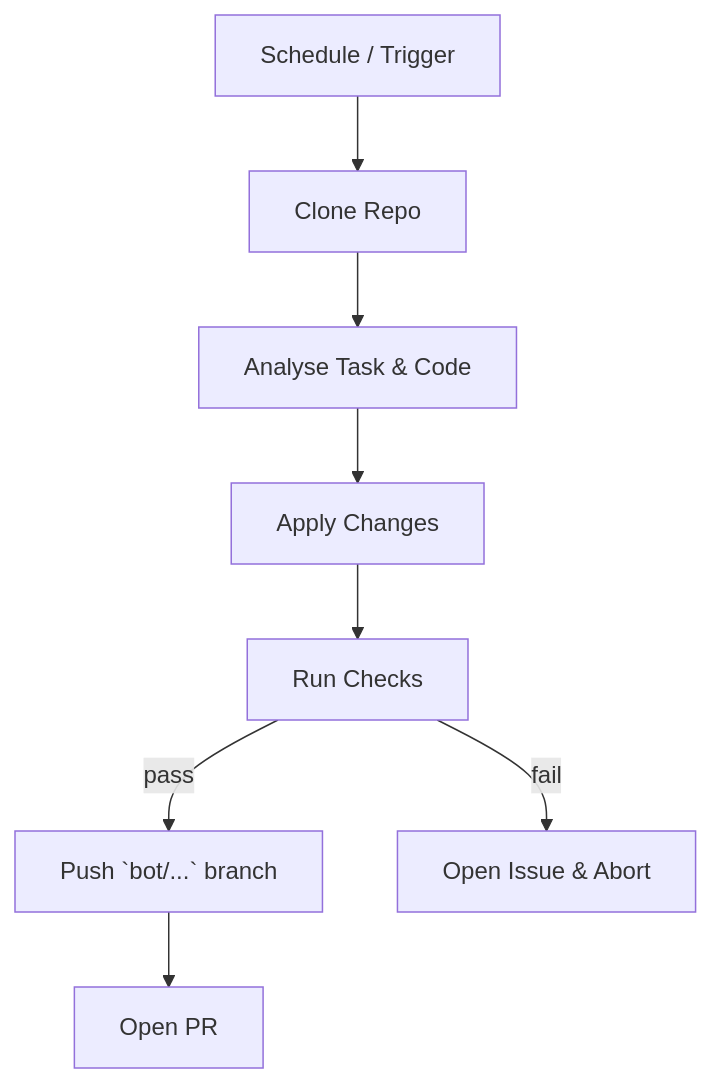
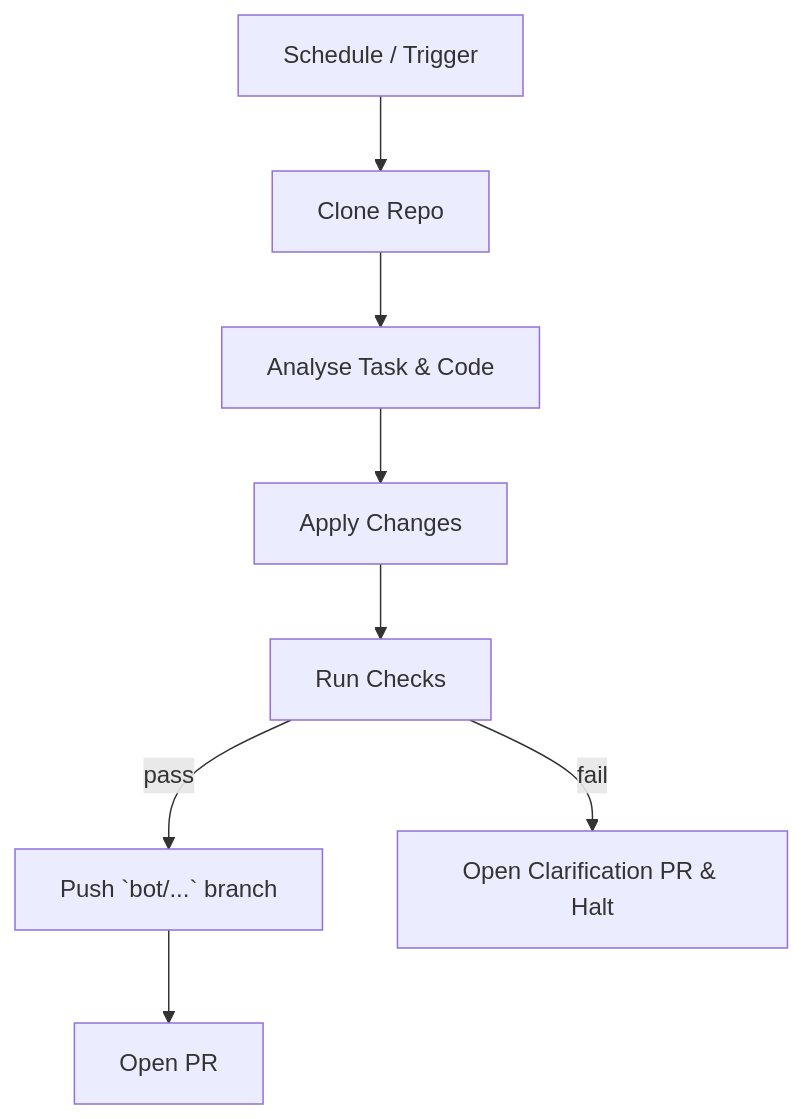
Before and after one commit to Ddemon26/2006Scape: the diagram in AGENTS.md, drawn with Mermaid. The commit also changed other lines of this file, not shown here.

````diff
--- a/AGENTS.md
+++ b/AGENTS.md
@@ -158,10 +153,10 @@
 ```mermaid
 graph TD
     A[Schedule / Trigger] --> B[Clone Repo]
     B --> C[Analyse Task & Code]
     C --> D[Apply Changes]
     D --> E[Run Checks]
     E -->|pass| F[Push `bot/...` branch]
     F --> G[Open PR]
-    E -->|fail| H[Open Issue & Abort]
+    E -->|fail| H[Open Clarification PR & Halt]
 ```
````
